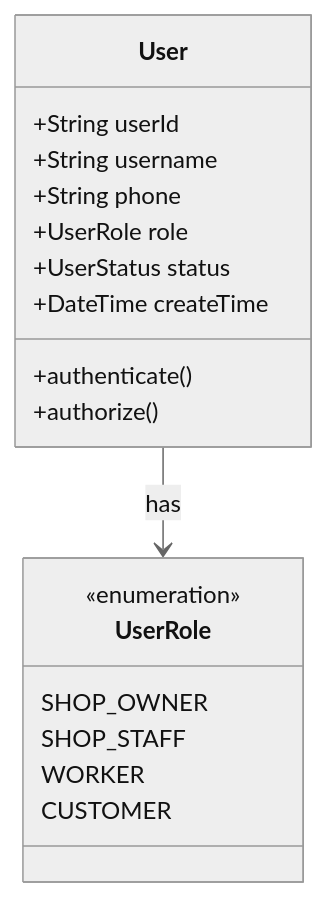
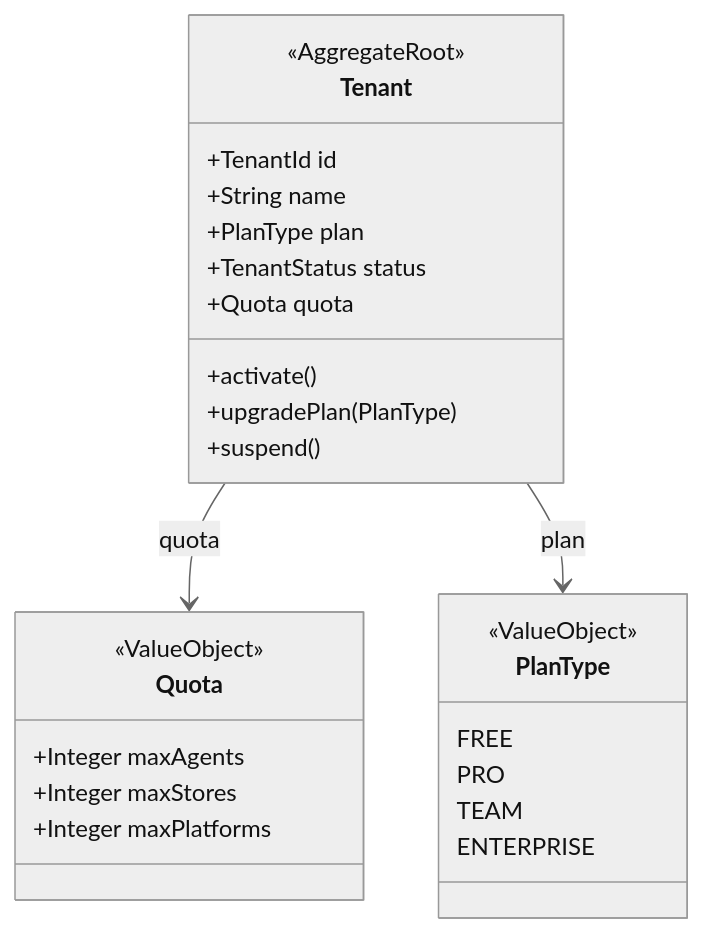
Before and after one commit to partme-ai/full-stack-skills: the fifth of 8 diagrams in skills/document-skills/full-stack-doc/templates/root/7、领域模型设计.md, drawn with Mermaid (neutral theme). The commit also changed other lines of this file and 14 other files, not shown here.

````diff
--- a/skills/document-skills/full-stack-doc/templates/root/7、领域模型设计.md
+++ b/skills/document-skills/full-stack-doc/templates/root/7、领域模型设计.md
@@ -384,23 +220,32 @@
 ```mermaid
 classDiagram
-    class User {
-        +String userId
-        +String username
-        +String phone
-        +UserRole role
-        +UserStatus status
-        +DateTime createTime
-        +authenticate()
-        +authorize()
+    class Tenant {
+        <<AggregateRoot>>
+        +TenantId id
+        +String name
+        +PlanType plan
+        +TenantStatus status
+        +Quota quota
+        +activate()
+        +upgradePlan(PlanType)
+        +suspend()
     }
-    
-    class UserRole {
-        <<enumeration>>
-        SHOP_OWNER
-        SHOP_STAFF
-        WORKER
-        CUSTOMER
+
+    class Quota {
+        <<ValueObject>>
+        +Integer maxAgents
+        +Integer maxStores
+        +Integer maxPlatforms
     }
-    
-    User --> UserRole : has
+
+    class PlanType {
+        <<ValueObject>>
+        FREE
+        PRO
+        TEAM
+        ENTERPRISE
+    }
+
+    Tenant --> Quota : quota
+    Tenant --> PlanType : plan
 ```
````
